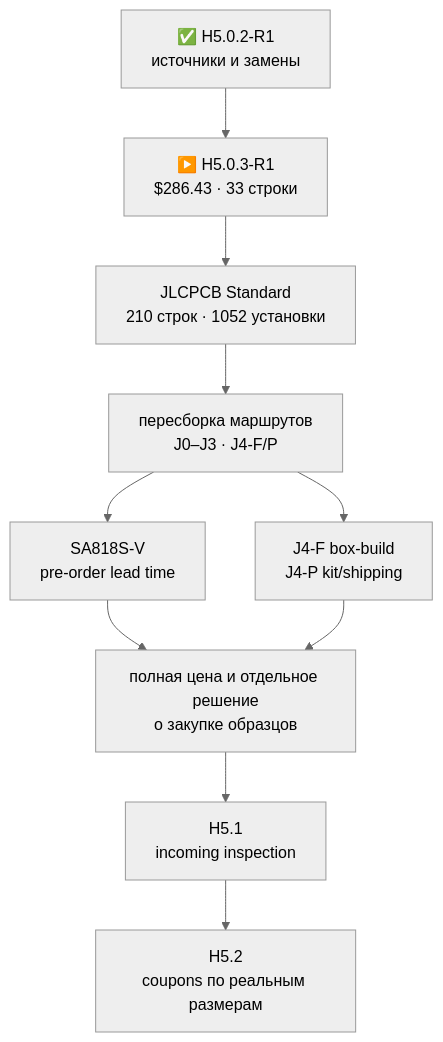
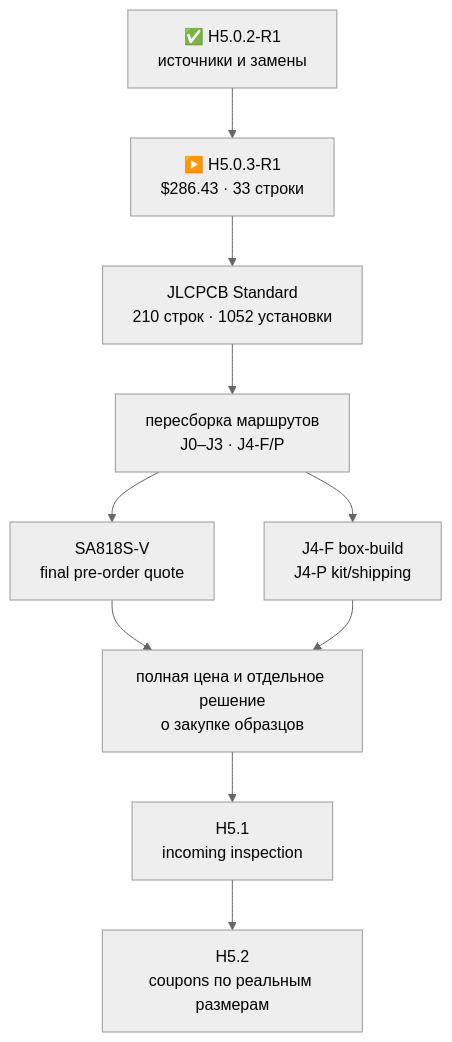
Before and after one commit to anton-vinogradov/esp32-leshy2: the diagram in docs/component-sample-basket.ru.md, drawn with Mermaid (neutral theme). The commit also changed other lines of this file and 27 other files, not shown here.

````diff
--- a/docs/component-sample-basket.ru.md
+++ b/docs/component-sample-basket.ru.md
@@ -7,12 +7,12 @@
 ```mermaid
 flowchart TD
   R["✅ H5.0.2-R1<br/>источники и замены"] --> B["▶️ H5.0.3-R1<br/>$286.43 · 33 строки"]
   B --> P["JLCPCB Standard<br/>210 строк · 1052 установки"]
   P --> Q["пересборка маршрутов<br/>J0–J3 · J4-F/P"]
-  Q --> S["SA818S-V<br/>pre-order lead time"]
+  Q --> S["SA818S-V<br/>final pre-order quote"]
   Q --> X["J4-F box-build<br/>J4-P kit/shipping"]
   S --> A["полная цена и отдельное решение<br/>о закупке образцов"]
   X --> A
   A --> H51["H5.1<br/>incoming inspection"]
   H51 --> H52["H5.2<br/>coupons по реальным размерам"]
 ```
````
